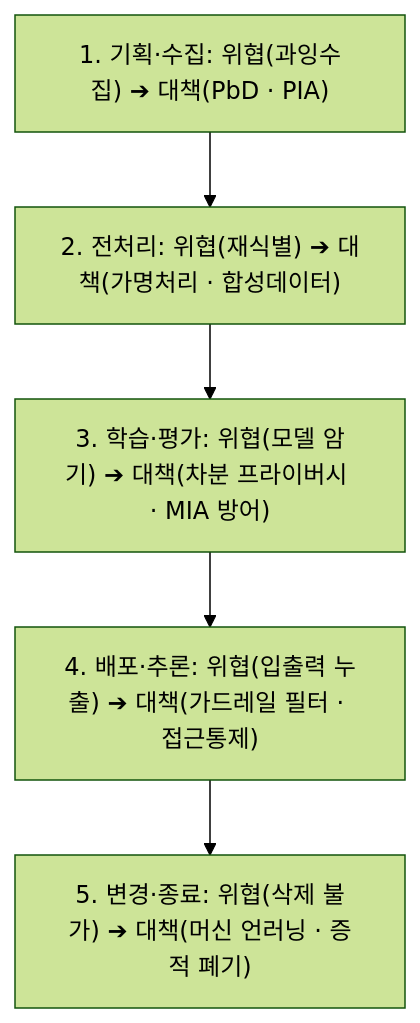
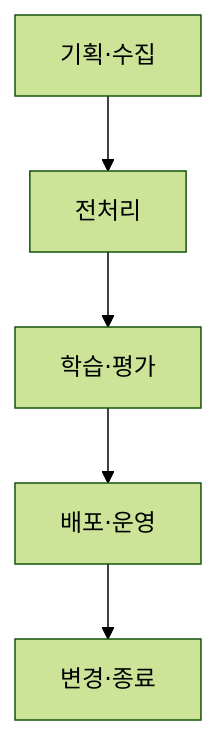
One commit to agnusdei1207/study changed the third of 3 diagrams in src/content/docs/notes/itpe/01-it-strategy/054_ai_privacy_risk_management_model.md. Above: the diagram before and after it, drawn with Mermaid (forest theme). The commit also changed other lines of this file and 19 other files, not shown here.

````diff
--- a/src/content/docs/notes/itpe/01-it-strategy/054_ai_privacy_risk_management_model.md
+++ b/src/content/docs/notes/itpe/01-it-strategy/054_ai_privacy_risk_management_model.md
@@ -147,10 +117,4 @@
 ```mermaid
 flowchart TD
-    L1["1. 기획·수집: 위협(과잉수집) ➔ 대책(PbD · PIA)"]
-    L2["2. 전처리: 위협(재식별) ➔ 대책(가명처리 · 합성데이터)"]
-    L3["3. 학습·평가: 위협(모델 암기) ➔ 대책(차분 프라이버시 · MIA 방어)"]
-    L4["4. 배포·추론: 위협(입출력 누출) ➔ 대책(가드레일 필터 · 접근통제)"]
-    L5["5. 변경·종료: 위협(삭제 불가) ➔ 대책(머신 언러닝 · 증적 폐기)"]
-
-    L1 --> L2 --> L3 --> L4 --> L5
+    L1["기획·수집"] --> L2["전처리"] --> L3["학습·평가"] --> L4["배포·운영"] --> L5["변경·종료"]
 ```
````
